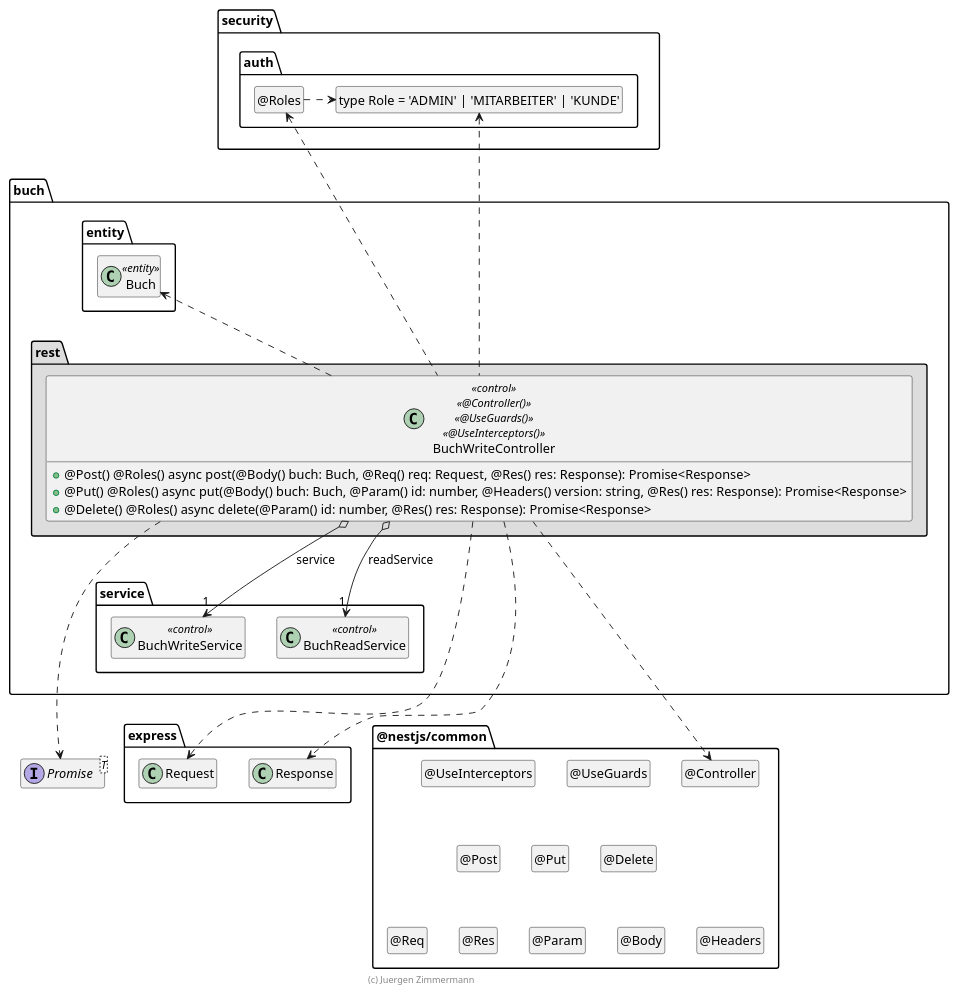
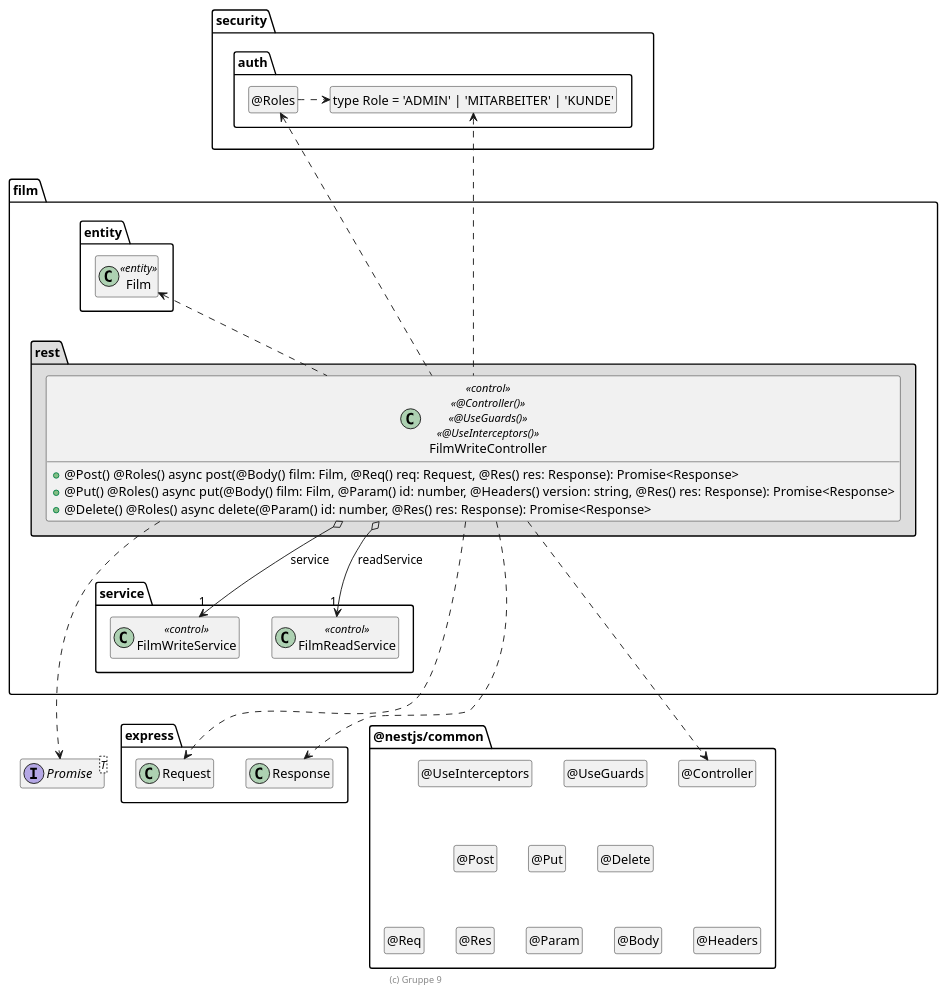
Before and after one commit to ngca1011/buch: the diagram in .extras/doc/projekthandbuch/FilmWriteController.plantuml, drawn with PlantUML. The commit also changed 11 other files, not shown here.

Commit message:
UmlDiagramm

```diff
--- a/.extras/doc/projekthandbuch/FilmWriteController.plantuml
+++ b/.extras/doc/projekthandbuch/FilmWriteController.plantuml
@@ -18,110 +18,110 @@
 @startuml Controller-Klasse
 
 interface Promise<T>
 
 package @nestjs/common {
   class "@Controller" as Controller
   hide Controller circle
 
   class "@UseGuards" as UseGuards
   hide UseGuards circle
 
   class "@UseInterceptors" as UseInterceptors
   hide UseInterceptors circle
 
   class "@Post" as Post
   hide Post circle
 
   class "@Put" as Put
   hide Put circle
 
   class "@Delete" as Delete
   hide Delete circle
 
   class "@Req" as Req
   hide Req circle
 
   class "@Res" as Res
   hide Res circle
 
   class "@Param" as Param
   hide Param circle
 
   class "@Body" as Body
   hide Body circle
 
   class "@Headers" as Headers
   hide Headers circle
 
   UseInterceptors .[hidden].> Post
   UseInterceptors .[hidden].> Put
   UseInterceptors .[hidden].> Delete
 
   Post .[hidden].> Req
   Post .[hidden].> Res
   Post .[hidden].> Param
   Post .[hidden].> Body
   Post .[hidden].> Headers
 }
 
 package express {
   class Request
   class Response
 
   Response .right[hidden].> Controller
 }
 
 package security.auth {
   class "type Role = 'ADMIN' | 'MITARBEITER' | 'KUNDE'" as Role
   hide Role circle
 
   class "@Roles" as Roles
   hide Roles circle
 
   Roles .right.> Role
 }
 
-package buch {
+package film {
   package entity #FFFFFF {
-    class Buch <<entity>>
+    class Film <<entity>>
 
-    Buch .[hidden].> Promise
-    Buch .[hidden].> Request
+    Film .[hidden].> Promise
+    Film .[hidden].> Request
   }
 
   package service {
-    class BuchWriteService << control >>
-    class BuchReadService << control >>
+    class FilmWriteService << control >>
+    class FilmReadService << control >>
   }
 
   package rest #DDDDDD {
-    class BuchWriteController << control >> << @Controller() >> << @UseGuards() >> << @UseInterceptors() >> {
-      + @Post() @Roles() async post(@Body() buch: Buch, @Req() req: Request,  @Res() res: Response): Promise<Response>
-      + @Put() @Roles() async put(@Body() buch: Buch, @Param() id: number, @Headers() version: string, @Res() res: Response): Promise<Response>
+    class FilmWriteController << control >> << @Controller() >> << @UseGuards() >> << @UseInterceptors() >> {
+      + @Post() @Roles() async post(@Body() film: Film, @Req() req: Request,  @Res() res: Response): Promise<Response>
+      + @Put() @Roles() async put(@Body() film: Film, @Param() id: number, @Headers() version: string, @Res() res: Response): Promise<Response>
       + @Delete() @Roles() async delete(@Param() id: number, @Res() res: Response): Promise<Response>
     }
 
-    BuchWriteController o--> "1" BuchWriteService : service
-    BuchWriteController o--> "1" BuchReadService : readService
-    BuchWriteController ..up> Buch
+    FilmWriteController o--> "1" FilmWriteService : service
+    FilmWriteController o--> "1" FilmReadService : readService
+    FilmWriteController ..up> Film
 
-    BuchWriteController ..> Controller
+    FilmWriteController ..> Controller
 
-    BuchWriteController .up.> Roles
-    BuchWriteController .up.> Role
+    FilmWriteController .up.> Roles
+    FilmWriteController .up.> Role
 
-    BuchWriteController ..> Request
-    BuchWriteController ..> Response
-    BuchWriteController ..> Promise
+    FilmWriteController ..> Request
+    FilmWriteController ..> Response
+    FilmWriteController ..> Promise
 
-    Buch .up[hidden].> Roles
-    BuchWriteService .[hidden].> Request
-    BuchWriteService .[hidden].> Promise
+    Film .up[hidden].> Roles
+    FilmWriteService .[hidden].> Request
+    FilmWriteService .[hidden].> Promise
   }
 }
 
 hide empty members
 
-footer (c) Juergen Zimmermann
+footer (c) Gruppe 9
 
 @enduml
```
